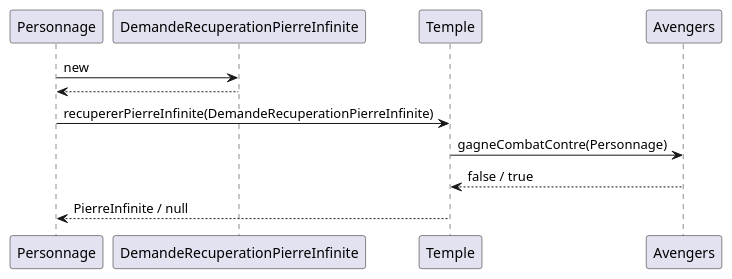
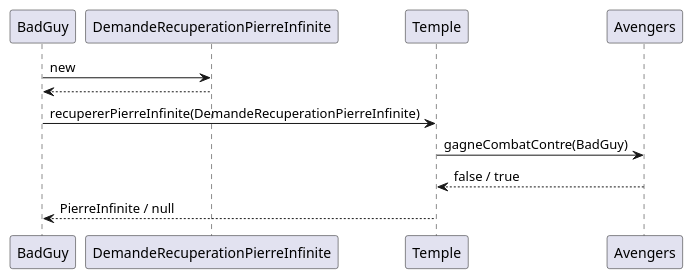
The diagram in src/uml/chainResponsabilitySequence.puml (jandry/design-pattern), drawn with PlantUML before and after one commit. The commit also changed 3 other files, not shown here.

```diff
--- a/src/uml/chainResponsabilitySequence.puml
+++ b/src/uml/chainResponsabilitySequence.puml
@@ -1,10 +1,10 @@
 @startuml ChainOfResponsability
 
-Personnage -> DemandeRecuperationPierreInfinite : new
-Personnage <-- DemandeRecuperationPierreInfinite
-Personnage -> Temple : recupererPierreInfinite(DemandeRecuperationPierreInfinite)
-Temple -> Avengers : gagneCombatContre(Personnage)
+BadGuy -> DemandeRecuperationPierreInfinite : new
+BadGuy <-- DemandeRecuperationPierreInfinite
+BadGuy -> Temple : recupererPierreInfinite(DemandeRecuperationPierreInfinite)
+Temple -> Avengers : gagneCombatContre(BadGuy)
 Temple <-- Avengers : false / true
-Personnage <-- Temple : PierreInfinite / null
+BadGuy <-- Temple : PierreInfinite / null
 
 @enduml
```
